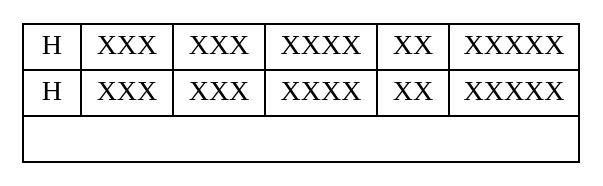
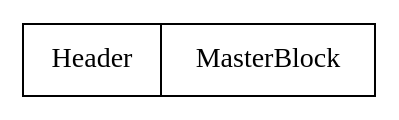
Before and after one commit to tagion/tagion: the diagram in documents/modules/dart/block_file_recycler.md, drawn with Graphviz. The commit also changed other lines of this file and 1 other file, not shown here.

Commit message:
WIP: add header and masterblock docs

````diff
--- a/documents/modules/dart/block_file_recycler.md
+++ b/documents/modules/dart/block_file_recycler.md
@@ -27,8 +19,7 @@
 ```graphviz
 digraph {
    e [shape=record label="{
-   {H|XXX|XXX|XXXX|XX|XXXXX}|
-   {H|XXX|XXX|XXXX|XX|XXXXX}|
+   {Header|MasterBlock}
    }"]
 }
 ```
````
